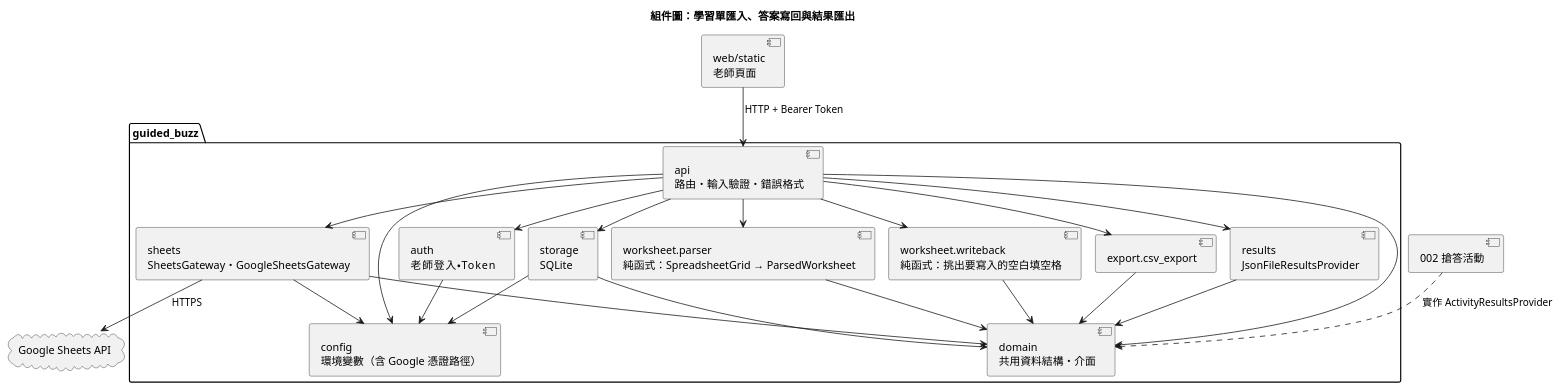
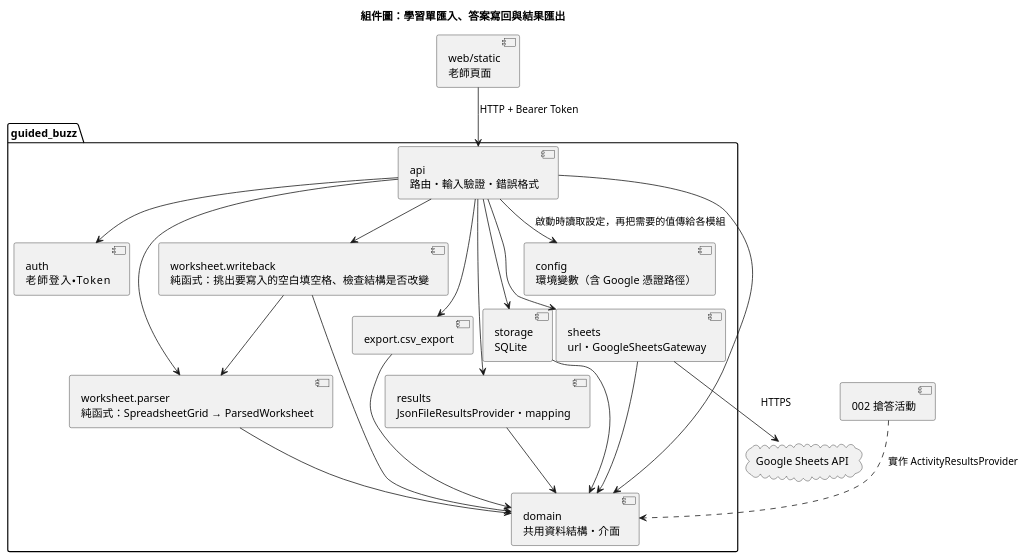
Before and after one commit to silverwind63/SEFinal: the diagram in diagrams/001-guided-notes-import/06-component.puml, drawn with PlantUML. The commit also changed 73 other files, not shown here.

First line of the commit message:
feat(001): import Guided Notes from Google Sheets, write back answers, export CSV

```diff
--- a/diagrams/001-guided-notes-import/06-component.puml
+++ b/diagrams/001-guided-notes-import/06-component.puml
@@ -1,40 +1,38 @@
 @startuml
 !pragma layout smetana
 title 組件圖：學習單匯入、答案寫回與結果匯出
 component "web/static\n老師頁面" as web
 cloud "Google Sheets API" as gapi
 package "guided_buzz" {
   component "api\n路由・輸入驗證・錯誤格式" as api
   component "auth\n老師登入・Token" as auth
   component "worksheet.parser\n純函式：SpreadsheetGrid → ParsedWorksheet" as parser
-  component "worksheet.writeback\n純函式：挑出要寫入的空白填空格" as writeback
-  component "sheets\nSheetsGateway・GoogleSheetsGateway" as sheets
+  component "worksheet.writeback\n純函式：挑出要寫入的空白填空格、檢查結構是否改變" as writeback
+  component "sheets\nurl・GoogleSheetsGateway" as sheets
   component "export.csv_export" as export
-  component "results\nJsonFileResultsProvider" as results
+  component "results\nJsonFileResultsProvider・mapping" as results
   component "storage\nSQLite" as storage
   component "config\n環境變數（含 Google 憑證路徑）" as config
   component "domain\n共用資料結構・介面" as domain
 }
 component "002 搶答活動" as buzz
 web --> api : HTTP + Bearer Token
 api --> auth
 api --> parser
 api --> writeback
 api --> sheets
 api --> export
 api --> results
 api --> storage
 sheets --> gapi : HTTPS
 parser --> domain
 writeback --> domain
+writeback --> parser
 sheets --> domain
 export --> domain
 results --> domain
 storage --> domain
 api --> domain
-api --> config
-auth --> config
-storage --> config
-sheets --> config
+api --> config : 啟動時讀取設定，再把需要的值傳給各模組
 buzz ..> domain : 實作 ActivityResultsProvider
 @enduml
```
